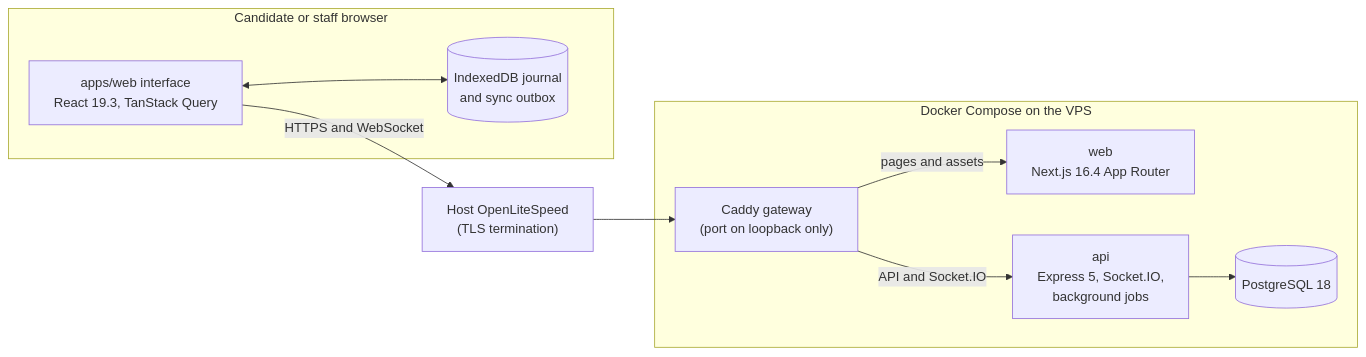
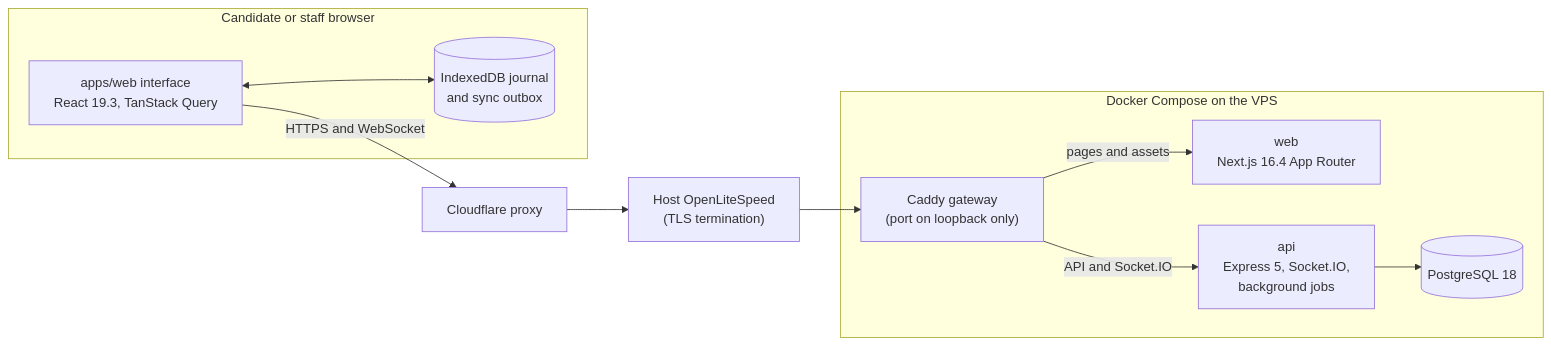
The first of 2 diagrams in docs/02-technical-analysis.md (DevQueueLab/secure-examination-management-system), drawn with Mermaid before and after one commit. The commit also changed other lines of this file and 2 other files, not shown here.

````diff
--- a/docs/02-technical-analysis.md
+++ b/docs/02-technical-analysis.md
@@ -48,19 +48,20 @@
 ```mermaid
 flowchart LR
     subgraph Browser["Candidate or staff browser"]
         UI["apps/web interface<br/>React 19.3, TanStack Query"]
         J[("IndexedDB journal<br/>and sync outbox")]
         UI <--> J
     end
+    CF["Cloudflare proxy"]
     OLS["Host OpenLiteSpeed<br/>(TLS termination)"]
     subgraph VPS["Docker Compose on the VPS"]
         G["Caddy gateway<br/>(port on loopback only)"]
         W["web<br/>Next.js 16.4 App Router"]
         A["api<br/>Express 5, Socket.IO,<br/>background jobs"]
         P[("PostgreSQL 18")]
     end
-    UI -- "HTTPS and WebSocket" --> OLS --> G
+    UI -- "HTTPS and WebSocket" --> CF --> OLS --> G
     G -- "pages and assets" --> W
     G -- "API and Socket.IO" --> A
     A --> P
 ```
````
